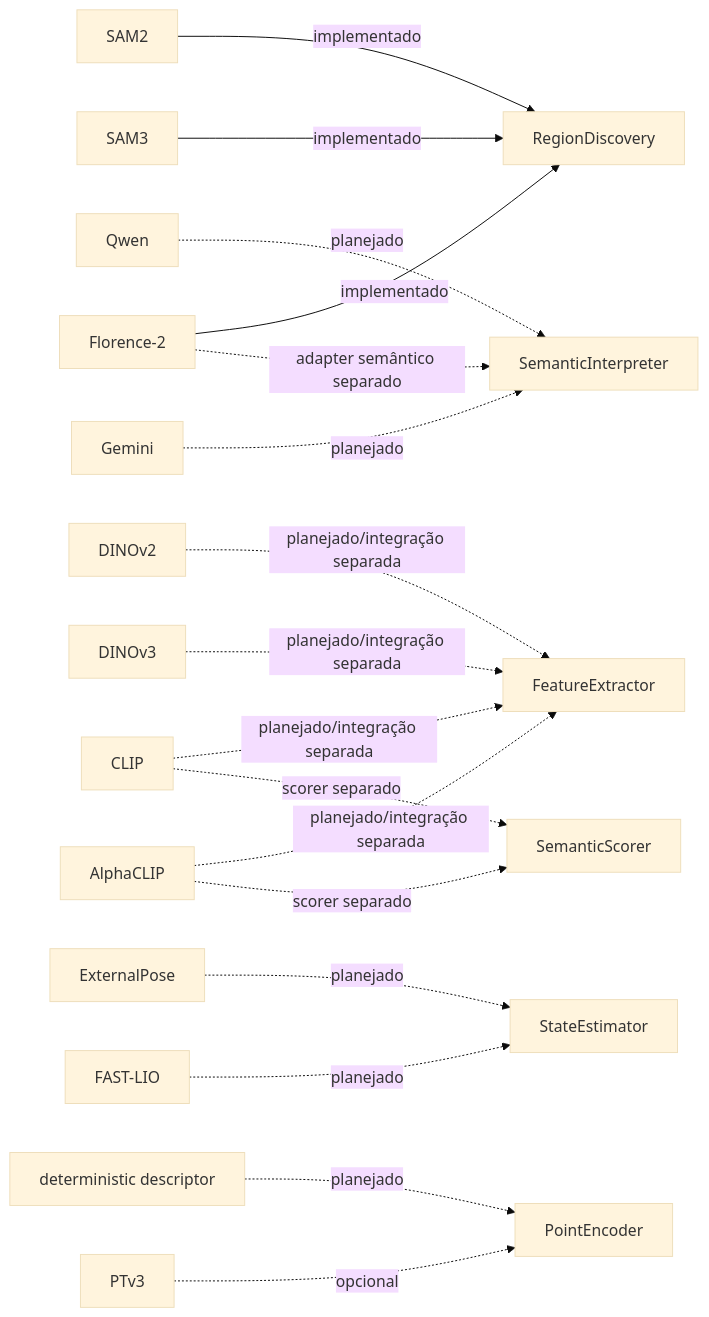
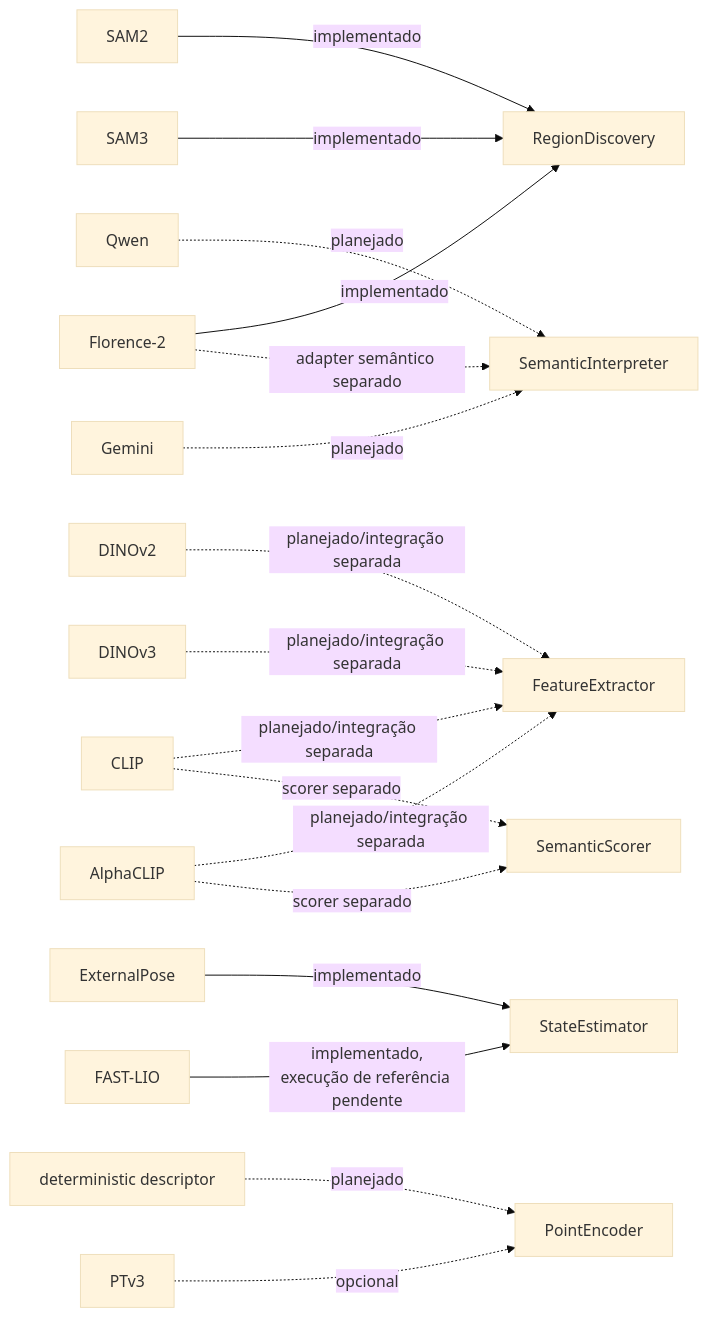
One commit to Alexandre-Tortoza/contextmap2 changed the fourth of 7 diagrams in docs/architecture.md. Above: the diagram before and after it, drawn with Mermaid (base theme). The commit also changed other lines of this file and 5 other files, not shown here.

````diff
--- a/docs/architecture.md
+++ b/docs/architecture.md
@@ -253,27 +257,27 @@
 ```mermaid
 flowchart LR
     RD["RegionDiscovery"]
     FE["FeatureExtractor"]
     SI["SemanticInterpreter"]
     SS["SemanticScorer"]
     SE["StateEstimator"]
     PE["PointEncoder"]
 
     SAM2["SAM2"] -->|implementado| RD
     SAM3["SAM3"] -->|implementado| RD
     F2["Florence-2"] -->|implementado| RD
 
     D2["DINOv2"] -. planejado/integração separada .-> FE
     D3["DINOv3"] -. planejado/integração separada .-> FE
     CLIP["CLIP"] -. planejado/integração separada .-> FE
     ACLIP["AlphaCLIP"] -. planejado/integração separada .-> FE
     Q["Qwen"] -. planejado .-> SI
     G["Gemini"] -. planejado .-> SI
     F2 -. adapter semântico separado .-> SI
     CLIP -. scorer separado .-> SS
     ACLIP -. scorer separado .-> SS
-    EXT["ExternalPose"] -. planejado .-> SE
-    FL["FAST-LIO"] -. planejado .-> SE
+    EXT["ExternalPose"] -->|implementado| SE
+    FL["FAST-LIO"] -->|implementado,<br/>execução de referência pendente| SE
     DET["deterministic descriptor"] -. planejado .-> PE
     PT["PTv3"] -. opcional .-> PE
 ```
````
